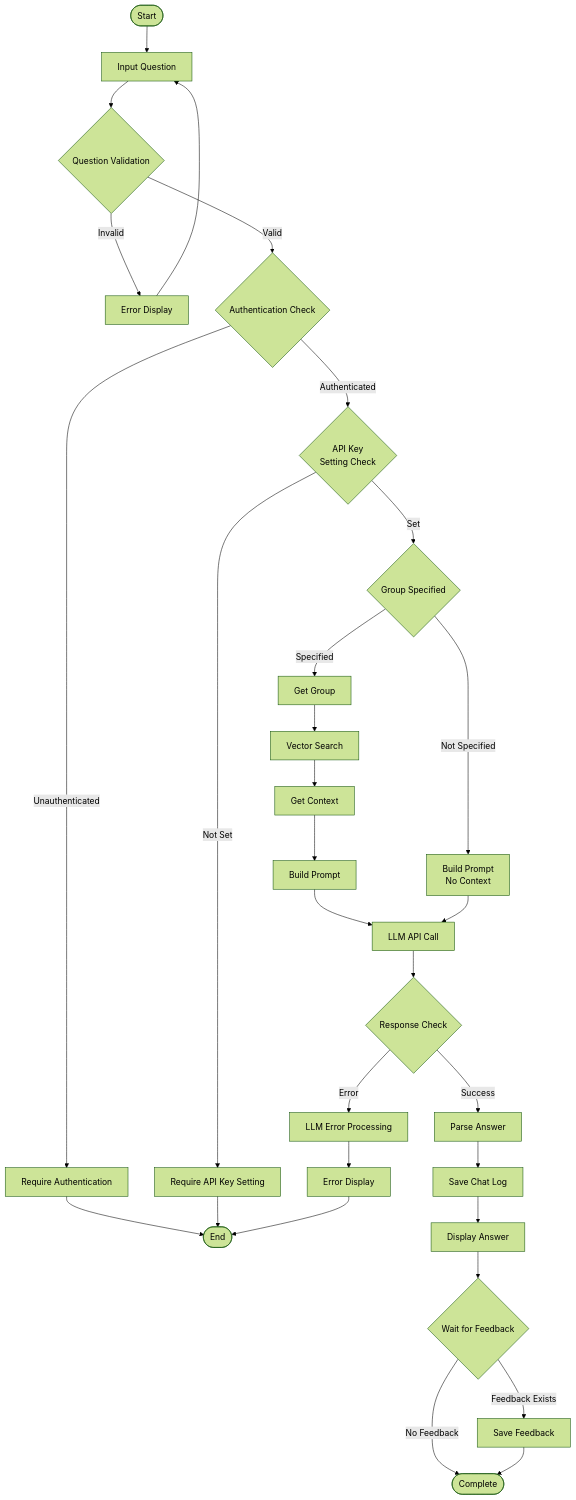
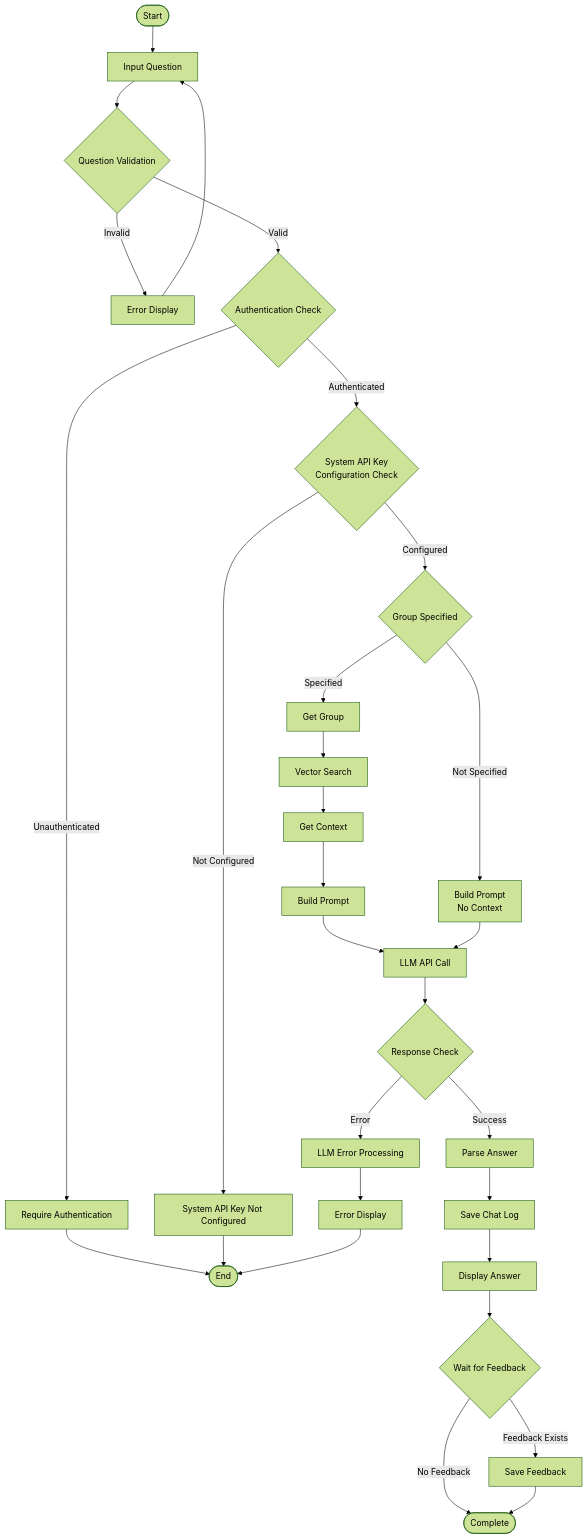
One commit to yukiharada1228/videoq changed the third of 7 diagrams in docs/architecture/bpmn.md. Above: the diagram before and after it, drawn with Mermaid (forest theme). The commit also changed 13 other files, not shown here.

````diff
--- a/docs/architecture/bpmn.md
+++ b/docs/architecture/bpmn.md
@@ -64,35 +64,35 @@
 ```mermaid
 flowchart TD
     Start([Start]) --> InputQuestion[Input Question]
     InputQuestion --> ValidateQuestion{Question Validation}
     ValidateQuestion -->|Invalid| ShowError[Error Display]
     ShowError --> InputQuestion
     ValidateQuestion -->|Valid| CheckAuth{Authentication Check}
     CheckAuth -->|Unauthenticated| RequireAuth[Require Authentication]
     RequireAuth --> End([End])
-    CheckAuth -->|Authenticated| CheckAPIKey{API Key<br/>Setting Check}
-    CheckAPIKey -->|Not Set| RequireAPIKey[Require API Key Setting]
+    CheckAuth -->|Authenticated| CheckAPIKey{System API Key<br/>Configuration Check}
+    CheckAPIKey -->|Not Configured| RequireAPIKey[System API Key Not Configured]
     RequireAPIKey --> End
-    CheckAPIKey -->|Set| CheckGroup{Group Specified}
+    CheckAPIKey -->|Configured| CheckGroup{Group Specified}
     
     CheckGroup -->|Specified| GetGroup[Get Group]
     GetGroup --> SearchVector[Vector Search]
     SearchVector --> GetContext[Get Context]
     GetContext --> BuildPrompt[Build Prompt]
     
     CheckGroup -->|Not Specified| BuildPrompt2[Build Prompt<br/>No Context]
     
     BuildPrompt --> CallLLM[LLM API Call]
     BuildPrompt2 --> CallLLM
     CallLLM --> CheckResponse{Response Check}
     CheckResponse -->|Error| HandleLLMError[LLM Error Processing]
     HandleLLMError --> ShowError2[Error Display]
     ShowError2 --> End
     CheckResponse -->|Success| ParseAnswer[Parse Answer]
     ParseAnswer --> SaveLog[Save Chat Log]
     SaveLog --> DisplayAnswer[Display Answer]
     DisplayAnswer --> WaitFeedback{Wait for Feedback}
     WaitFeedback -->|Feedback Exists| SaveFeedback[Save Feedback]
     WaitFeedback -->|No Feedback| Complete
     SaveFeedback --> Complete([Complete])
 ```
````
